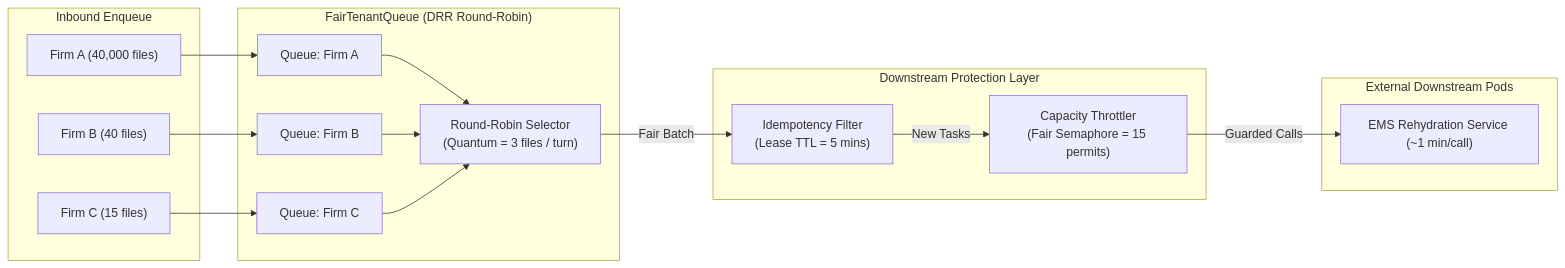
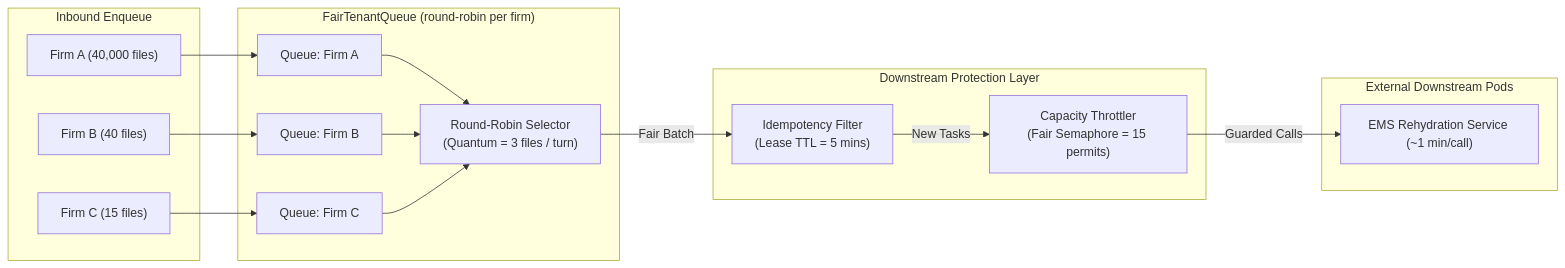
Before and after one commit to felipebuitrago75/ArchitectureDesignExercise: the fifth of 5 diagrams in design/DIAGRAMS.md, drawn with Mermaid. The commit also changed other lines of this file and 1 other file, not shown here.

Commit message:
docs(architecture): simplify design document and align diagram labels

````diff
--- a/design/DIAGRAMS.md
+++ b/design/DIAGRAMS.md
@@ -139,32 +139,32 @@
 ```mermaid
 flowchart LR
     subgraph Inbound["Inbound Enqueue"]
         E1["Firm A (40,000 files)"]
         E2["Firm B (40 files)"]
         E3["Firm C (15 files)"]
     end
 
-    subgraph Scheduler["FairTenantQueue (DRR Round-Robin)"]
+    subgraph Scheduler["FairTenantQueue (round-robin per firm)"]
         Q1["Queue: Firm A"]
         Q2["Queue: Firm B"]
         Q3["Queue: Firm C"]
         RR["Round-Robin Selector\n(Quantum = 3 files / turn)"]
     end
 
     subgraph Protection["Downstream Protection Layer"]
         TH["Capacity Throttler\n(Fair Semaphore = 15 permits)"]
         IDM["Idempotency Filter\n(Lease TTL = 5 mins)"]
     end
 
     subgraph Target["External Downstream Pods"]
         EMS["EMS Rehydration Service (~1 min/call)"]
     end
 
     E1 --> Q1
     E2 --> Q2
     E3 --> Q3
     Q1 & Q2 & Q3 --> RR
     RR -->|Fair Batch| IDM
     IDM -->|New Tasks| TH
     TH -->|Guarded Calls| EMS
 ```
````
